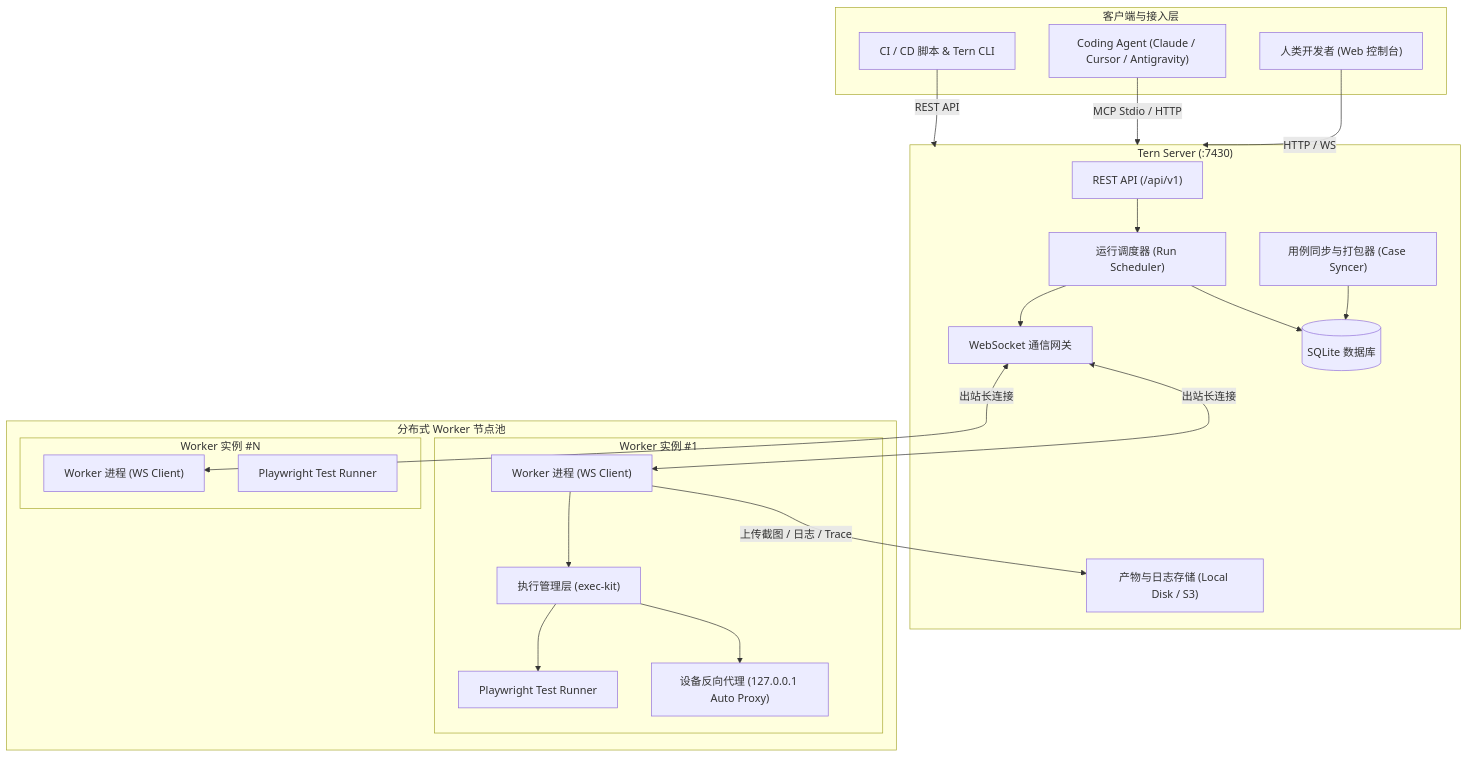
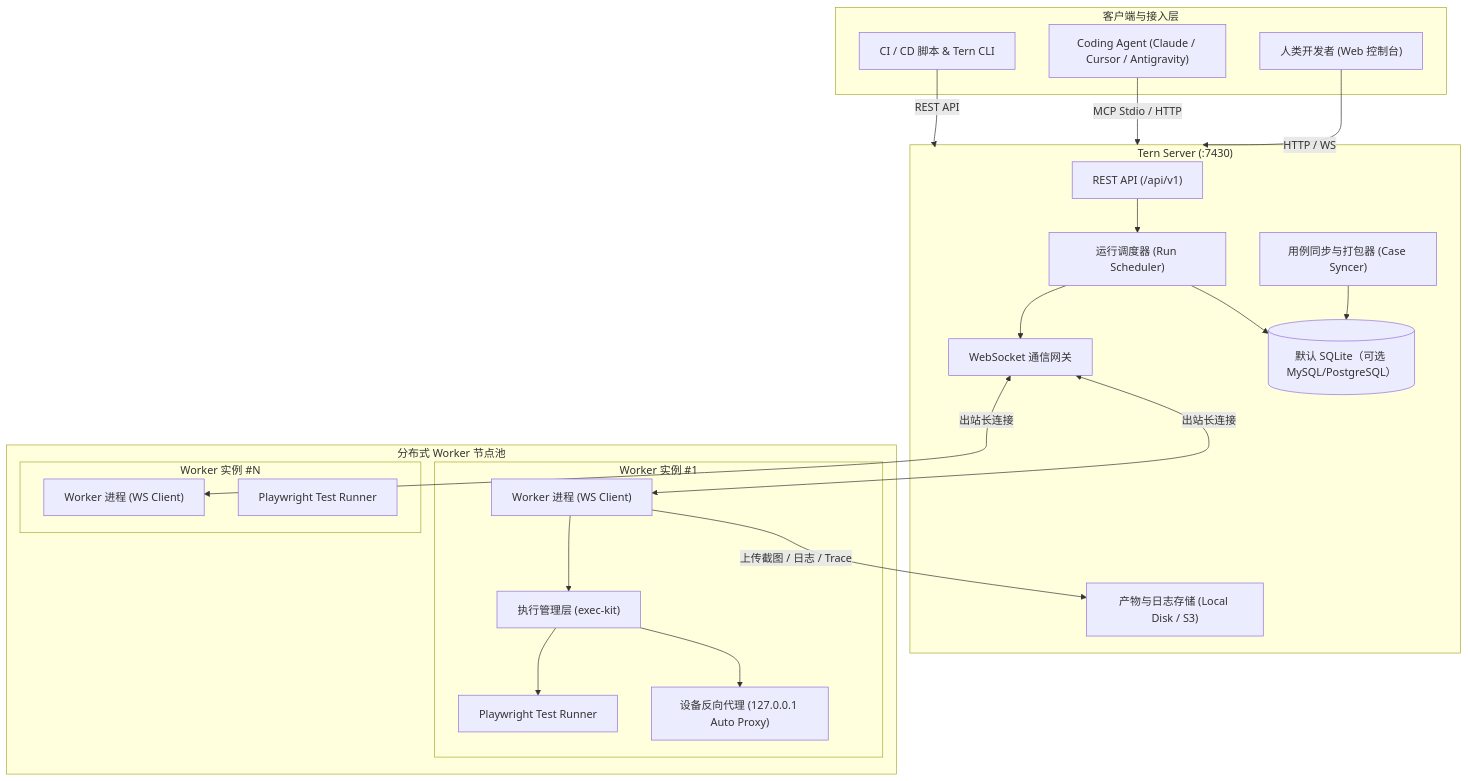
The first of 2 diagrams in docs/architecture.md (zyf8827/tern), drawn with Mermaid before and after one commit. The commit also changed other lines of this file and 27 other files, not shown here.

````diff
--- a/docs/architecture.md
+++ b/docs/architecture.md
@@ -21,46 +21,46 @@
 ```mermaid
 flowchart TD
     subgraph Clients["客户端与接入层"]
         WebUser["人类开发者 (Web 控制台)"]
         CodingAgent["Coding Agent (Claude / Cursor / Antigravity)"]
         CLIUser["CI / CD 脚本 & Tern CLI"]
     end
 
     subgraph Server["Tern Server (:7430)"]
         RestAPI["REST API (/api/v1)"]
         WSGateway["WebSocket 通信网关"]
         SyncEngine["用例同步与打包器 (Case Syncer)"]
         Scheduler["运行调度器 (Run Scheduler)"]
-        DB[(SQLite 数据库)]
+        DB[(默认 SQLite（可选 MySQL/PostgreSQL）)]
         ArtifactStore["产物与日志存储 (Local Disk / S3)"]
     end
 
     subgraph Workers["分布式 Worker 节点池"]
         subgraph Worker1["Worker 实例 #1"]
             W1Agent["Worker 进程 (WS Client)"]
             W1Exec["执行管理层 (exec-kit)"]
             W1PW["Playwright Test Runner"]
             W1Proxy["设备反向代理 (127.0.0.1 Auto Proxy)"]
         end
         subgraph WorkerN["Worker 实例 #N"]
             WNAgent["Worker 进程 (WS Client)"]
             WNPW["Playwright Test Runner"]
         end
     end
 
     WebUser -->|HTTP / WS| Server
     CodingAgent -->|MCP Stdio / HTTP| Server
     CLIUser -->|REST API| Server
 
     RestAPI --> Scheduler
     SyncEngine --> DB
     Scheduler --> DB
     Scheduler --> WSGateway
 
     WSGateway <-->|出站长连接| W1Agent
     WSGateway <-->|出站长连接| WNAgent
 
     W1Agent --> W1Exec --> W1PW
     W1Exec --> W1Proxy
     W1Agent -->|上传截图 / 日志 / Trace| ArtifactStore
 ```
````
